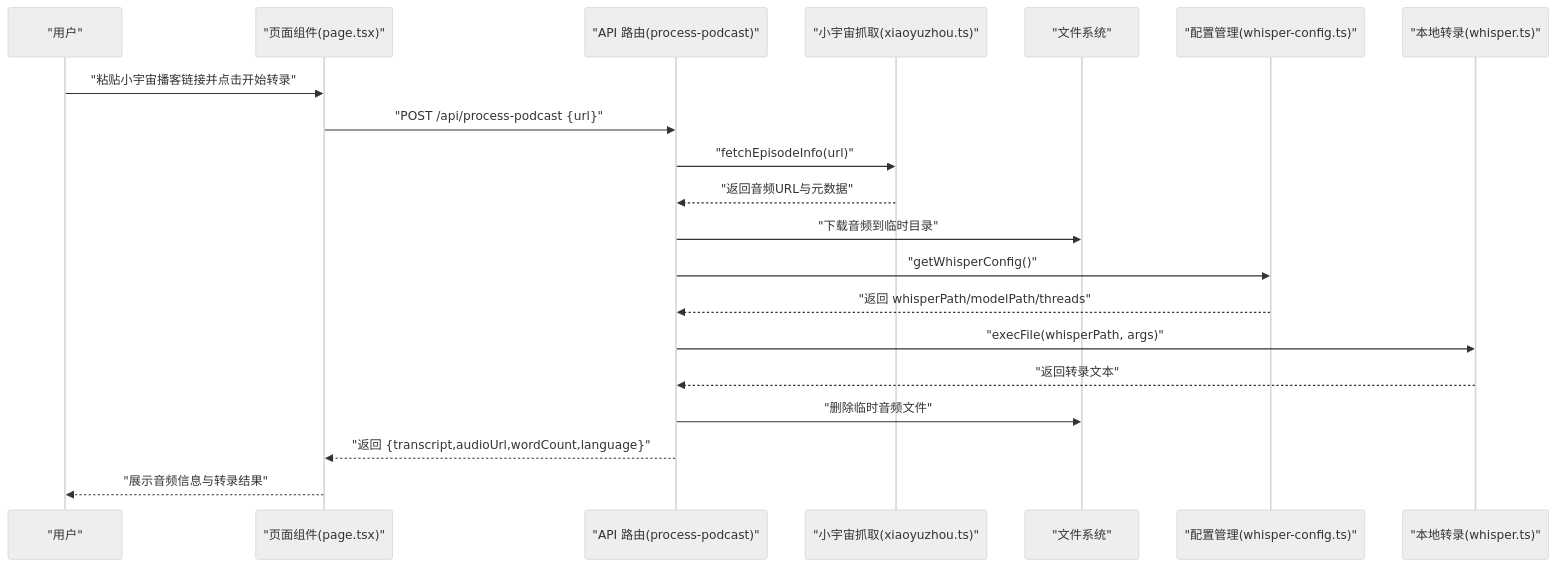
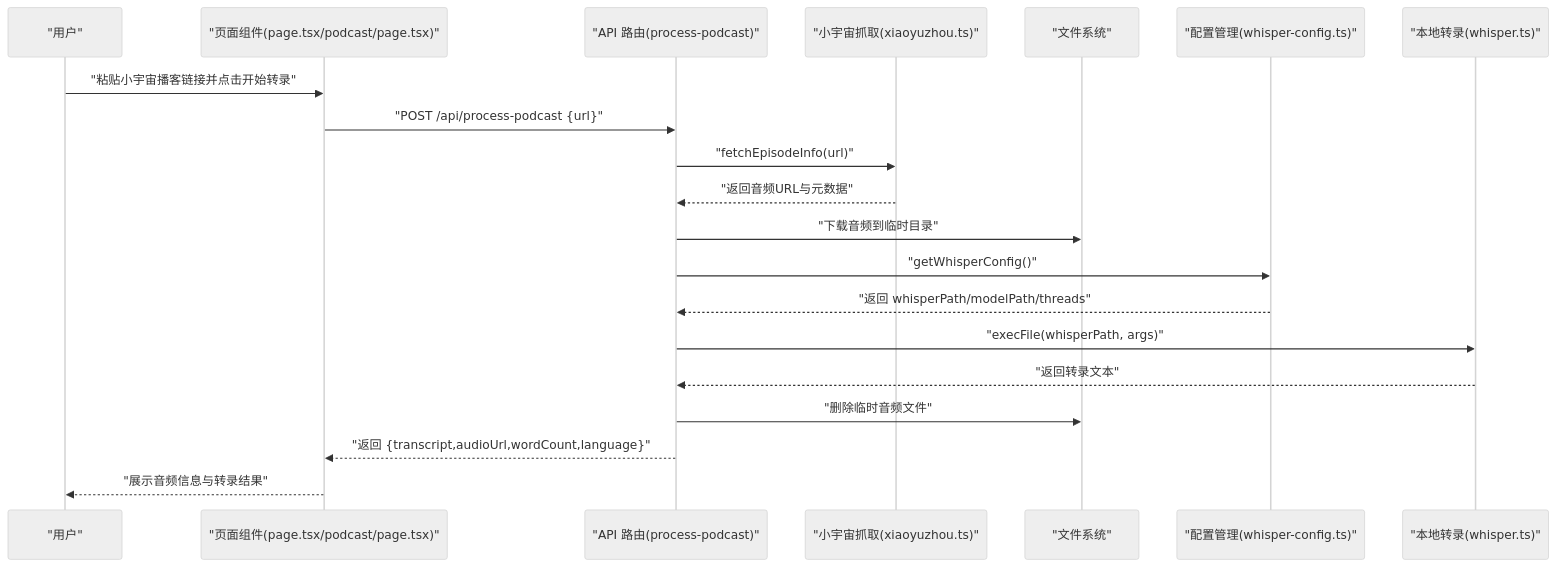
One commit to clawbotai/memo-flow changed the second of 6 diagrams in .qoder/repowiki/zh/content/项目概述.md. Above: the diagram before and after it, drawn with Mermaid (neutral theme). The commit also changed other lines of this file and 5 other files, not shown here.

````diff
--- a/.qoder/repowiki/zh/content/项目概述.md
+++ b/.qoder/repowiki/zh/content/项目概述.md
@@ -149,22 +148,22 @@
 ```mermaid
 sequenceDiagram
 participant U as "用户"
-participant UI as "页面组件(page.tsx)"
+participant UI as "页面组件(page.tsx/podcast/page.tsx)"
 participant API as "API 路由(process-podcast)"
 participant XZ as "小宇宙抓取(xiaoyuzhou.ts)"
 participant FS as "文件系统"
 participant WC as "配置管理(whisper-config.ts)"
 participant WT as "本地转录(whisper.ts)"
 U->>UI : "粘贴小宇宙播客链接并点击开始转录"
 UI->>API : "POST /api/process-podcast {url}"
 API->>XZ : "fetchEpisodeInfo(url)"
 XZ-->>API : "返回音频URL与元数据"
 API->>FS : "下载音频到临时目录"
 API->>WC : "getWhisperConfig()"
 WC-->>API : "返回 whisperPath/modelPath/threads"
 API->>WT : "execFile(whisperPath, args)"
 WT-->>API : "返回转录文本"
 API->>FS : "删除临时音频文件"
 API-->>UI : "返回 {transcript,audioUrl,wordCount,language}"
 UI-->>U : "展示音频信息与转录结果"
 ```
````
